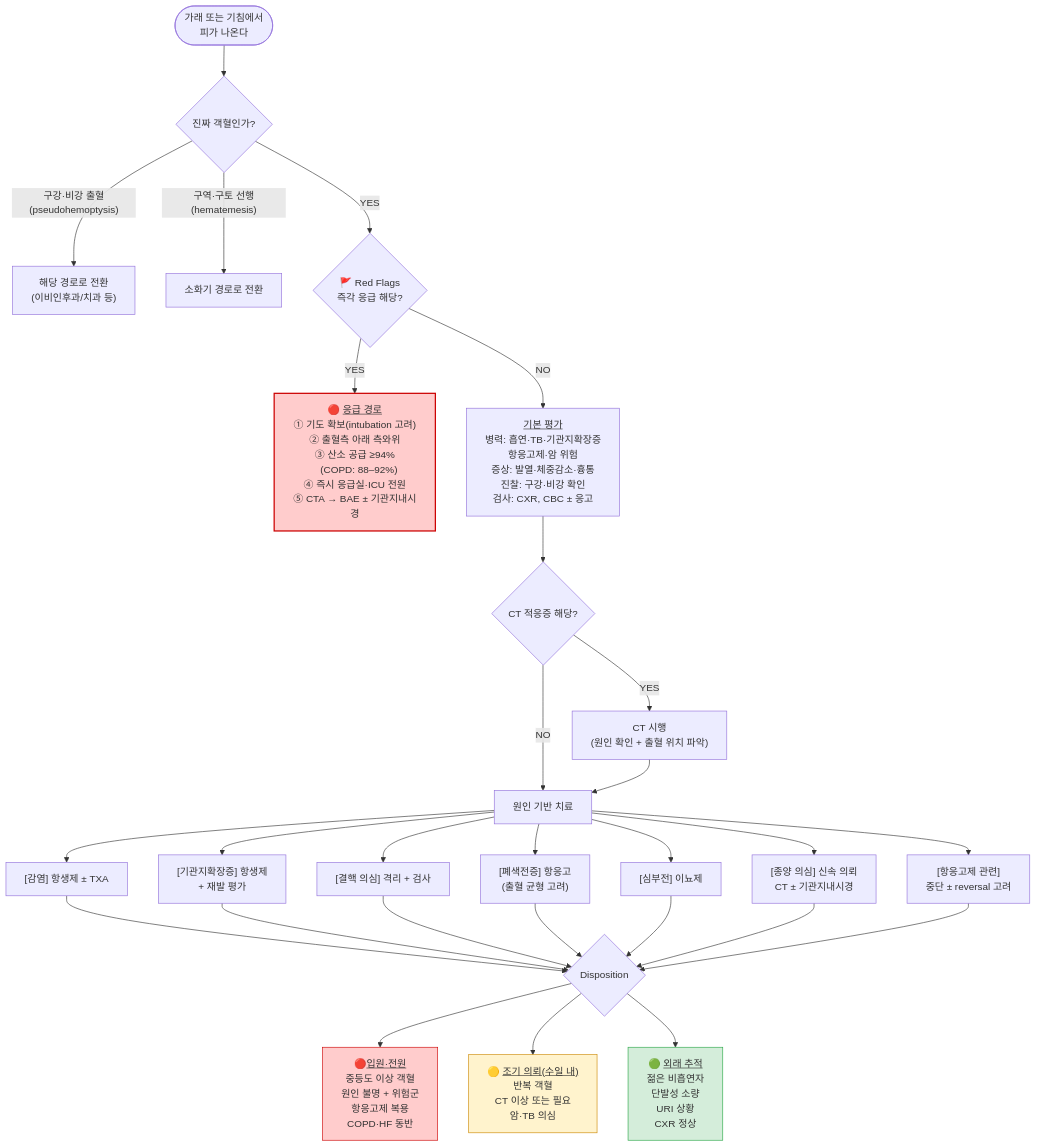
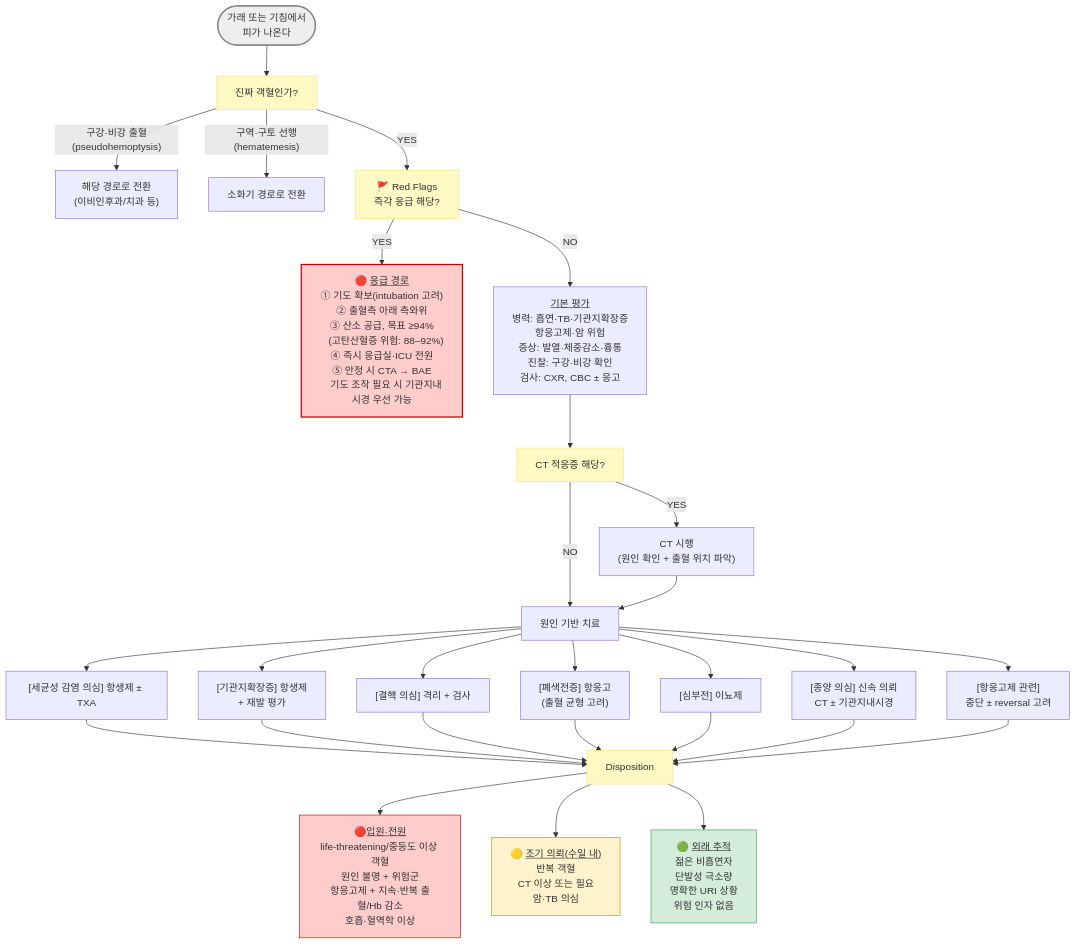
The diagram in 220_/008_-hemoptysis.md (familyoh77/familyoh77), drawn with Mermaid before and after one commit. The commit also changed other lines of this file, not shown here.

````diff
--- a/220_/008_-hemoptysis.md
+++ b/220_/008_-hemoptysis.md
@@ -83,35 +86,44 @@
 ```mermaid
 graph TD
-    A(["가래 또는 기침에서 <br/>피가 나온다"]) --> B{"진짜 객혈인가?"}
+    A(["가래 또는 기침에서 <br/>피가 나온다"]) --> B["진짜 객혈인가?"]
     B -- "구강·비강 출혈(pseudohemoptysis)" --> C["해당 경로로 전환<br/>(이비인후과/치과 등)"]
     B -- "구역·구토 선행(hematemesis)" --> D["소화기 경로로 전환"]
-    B -- "YES" --> E{"🚩 Red Flags<br/>즉각 응급 해당?"}
+    B -- "YES" --> E["🚩 Red Flags<br/>즉각 응급 해당?"]
 
-    E -- "YES" --> F["🔴 <u>응급 경로</u><br/>① 기도 확보(intubation 고려)<br/>② 출혈측 아래 측와위<br/>③ 산소 공급 ≥94%<br/>   (COPD: 88–92%)<br/>④ 즉시 응급실·ICU 전원<br/>⑤ CTA → BAE ± 기관지내시경"]
+    E -- "YES" --> F["🔴 <u>응급 경로</u><br/>① 기도 확보(intubation 고려)<br/>② 출혈측 아래 측와위<br/>③ 산소 공급, 목표 ≥94%<br/>   (고탄산혈증 위험: 88–92%)<br/>④ 즉시 응급실·ICU 전원<br/>⑤ 안정 시 CTA → BAE<br/>   기도 조작 필요 시 기관지내시경 우선 가능"]
 
     E -- "NO" --> G["<u>기본 평가</u><br/>병력: 흡연·TB·기관지확장증<br/>       항응고제·암 위험<br/>증상: 발열·체중감소·흉통<br/>진찰: 구강·비강 확인<br/>검사: CXR, CBC ± 응고"]
 
-    G --> H{"CT 적응증 해당?"}
+    G --> H["CT 적응증 해당?"]
     H -- "YES" --> I["CT 시행<br/>(원인 확인 + 출혈 위치 파악)"]
     H -- "NO" --> J["원인 기반 치료"]
     I --> J
 
-    J --> J1["[감염] 항생제 ± TXA"]
+    J --> J1["[세균성 감염 의심] 항생제 ± TXA"]
     J --> J2["[기관지확장증] 항생제<br/>+ 재발 평가"]
     J --> J3["[결핵 의심] 격리 + 검사"]
     J --> J4["[폐색전증] 항응고<br/>(출혈 균형 고려)"]
     J --> J5["[심부전] 이뇨제"]
     J --> J6["[종양 의심] 신속 의뢰<br/>CT ± 기관지내시경"]
     J --> J7["[항응고제 관련]<br/>중단 ± reversal 고려"]
 
-    J1 & J2 & J3 & J4 & J5 & J6 & J7 --> K{"Disposition"}
+    J1 & J2 & J3 & J4 & J5 & J6 & J7 --> K["Disposition"]
 
-    K --> K1["🔴<u>입원·전원</u><br/>중등도 이상 객혈<br/>원인 불명 + 위험군<br/>항응고제 복용<br/>COPD·HF 동반"]
+    K --> K1["🔴<u>입원·전원</u><br/>life-threatening/중등도 이상 객혈<br/>원인 불명 + 위험군<br/>항응고제 + 지속·반복 출혈/Hb 감소<br/>호흡·혈역학 이상"]
     K --> K2["🟡 <u>조기 의뢰(수일 내)</u><br/>반복 객혈<br/>CT 이상 또는 필요<br/>암·TB 의심"]
-    K --> K3["🟢 <u>외래 추적</u><br/>젊은 비흡연자<br/>단발성 소량<br/>URI 상황<br/>CXR 정상"]
+    K --> K3["🟢 <u>외래 추적</u><br/>젊은 비흡연자<br/>단발성 극소량<br/>명확한 URI 상황<br/>위험 인자 없음"]
 
-    style F fill:#ffcccc,stroke:#cc0000,stroke-width:2px
-    style K1 fill:#ffcccc,stroke:#cc0000,stroke-width:1px
-    style K2 fill:#fff3cd,stroke:#cc8800,stroke-width:1px
-    style K3 fill:#d4edda,stroke:#28a745,stroke-width:1px
+    classDef startNode fill:#eeeeee,stroke:#888888,stroke-width:2px
+    classDef question fill:#fff9c4,stroke:#ffe082
+    classDef emergency fill:#ffcccc,stroke:#cc0000,stroke-width:2px
+    classDef admit fill:#ffcccc,stroke:#cc0000,stroke-width:1px
+    classDef urgent fill:#fff3cd,stroke:#cc8800,stroke-width:1px
+    classDef routine fill:#d4edda,stroke:#28a745,stroke-width:1px
+
+    class A startNode
+    class B,E,H,K question
+    class F emergency
+    class K1 admit
+    class K2 urgent
+    class K3 routine
 ```
````
